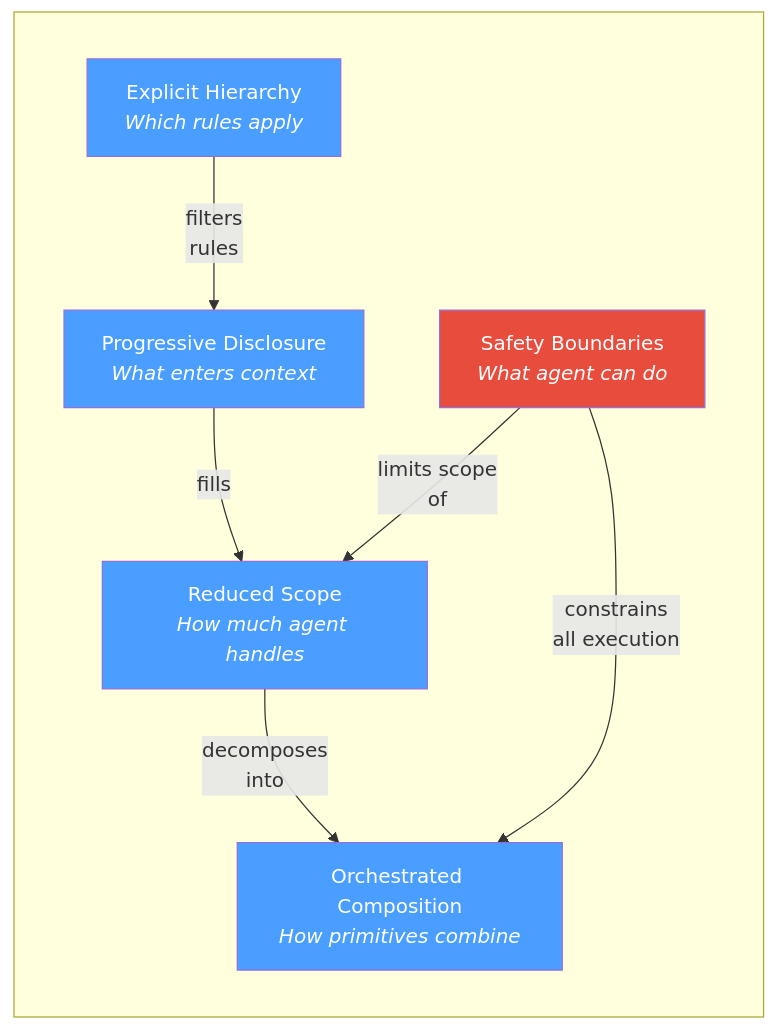
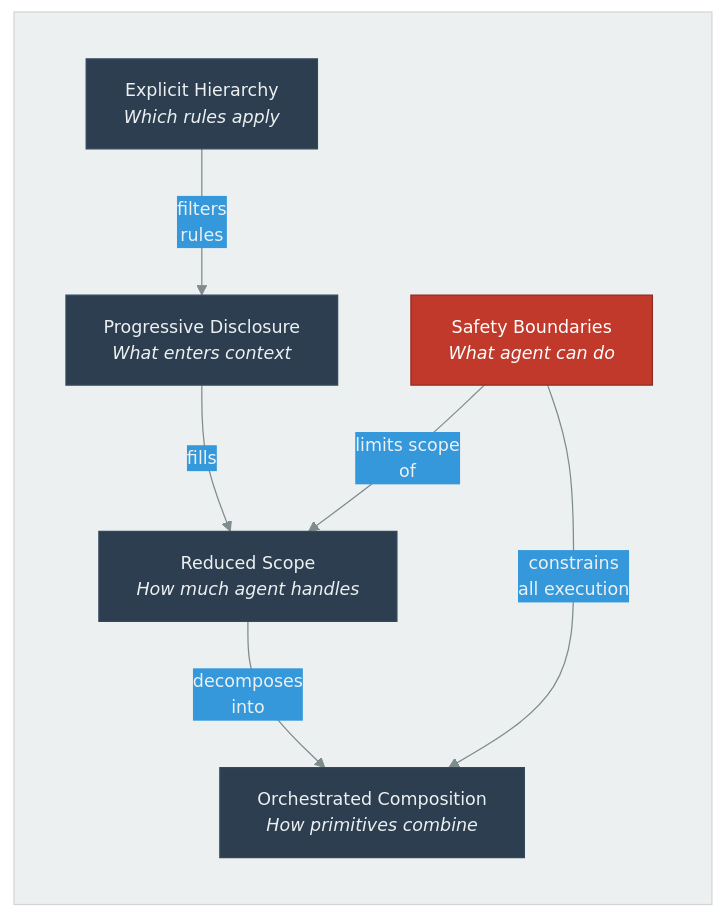
Before and after one commit to danielmeppiel/agentic-sdlc-handbook: the diagram in handbook/ch01-the-agentic-sdlc-thesis.qmd, drawn with Mermaid. The commit also changed 20 other files, not shown here.

First line of the commit message:
feat: add accessibility metadata and consistent theme to all 35 diagrams

````diff
--- a/handbook/ch01-the-agentic-sdlc-thesis.qmd
+++ b/handbook/ch01-the-agentic-sdlc-thesis.qmd
@@ -85,24 +85,24 @@
 ```{mermaid}
 %%| fig-width: 4.5
+%%| fig-cap: "The five PROSE specification principles and their relationships"
+%%| fig-alt: "A flowchart showing five PROSE principles arranged in a hierarchy. Explicit Hierarchy filters rules into Progressive Disclosure, which fills Reduced Scope, which decomposes into Orchestrated Composition. Safety Boundaries constrains all execution of Orchestrated Composition and limits the scope of Reduced Scope. The flow is left to right with Safety Boundaries acting as a cross-cutting constraint on the other four principles."
+%%| label: fig-prose-principles
+%%{init: {'theme': 'base', 'themeVariables': {'primaryColor': '#2c3e50', 'primaryTextColor': '#ecf0f1', 'primaryBorderColor': '#34495e', 'lineColor': '#7f8c8d', 'secondaryColor': '#3498db', 'tertiaryColor': '#ecf0f1', 'fontSize': '14px'}}}%%
 flowchart LR
     subgraph " "
         direction TB
         EH["Explicit Hierarchy<br/><em>Which rules apply</em>"]
         PD["Progressive Disclosure<br/><em>What enters context</em>"]
         RS["Reduced Scope<br/><em>How much agent handles</em>"]
         OC["Orchestrated Composition<br/><em>How primitives combine</em>"]
         SB["Safety Boundaries<br/><em>What agent can do</em>"]
     end
 
     EH -- "filters<br/>rules" --> PD
     PD -- "fills" --> RS
     RS -- "decomposes<br/>into" --> OC
     SB -- "constrains<br/>all execution" --> OC
     SB -- "limits scope<br/>of" --> RS
 
-    style EH fill:#4a9eff,color:#fff
-    style PD fill:#4a9eff,color:#fff
-    style RS fill:#4a9eff,color:#fff
-    style OC fill:#4a9eff,color:#fff
-    style SB fill:#e74c3c,color:#fff
+    style SB fill:#c0392b,stroke:#922b21,color:#fff
 ```
````
